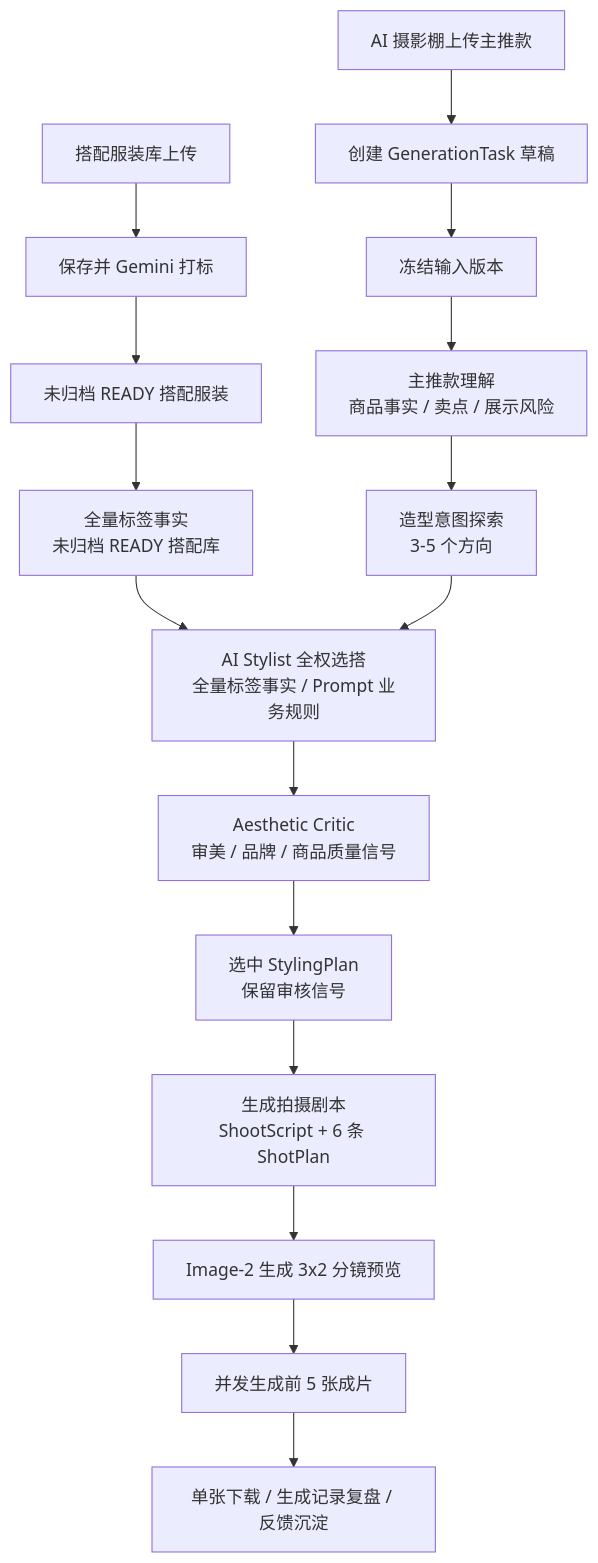
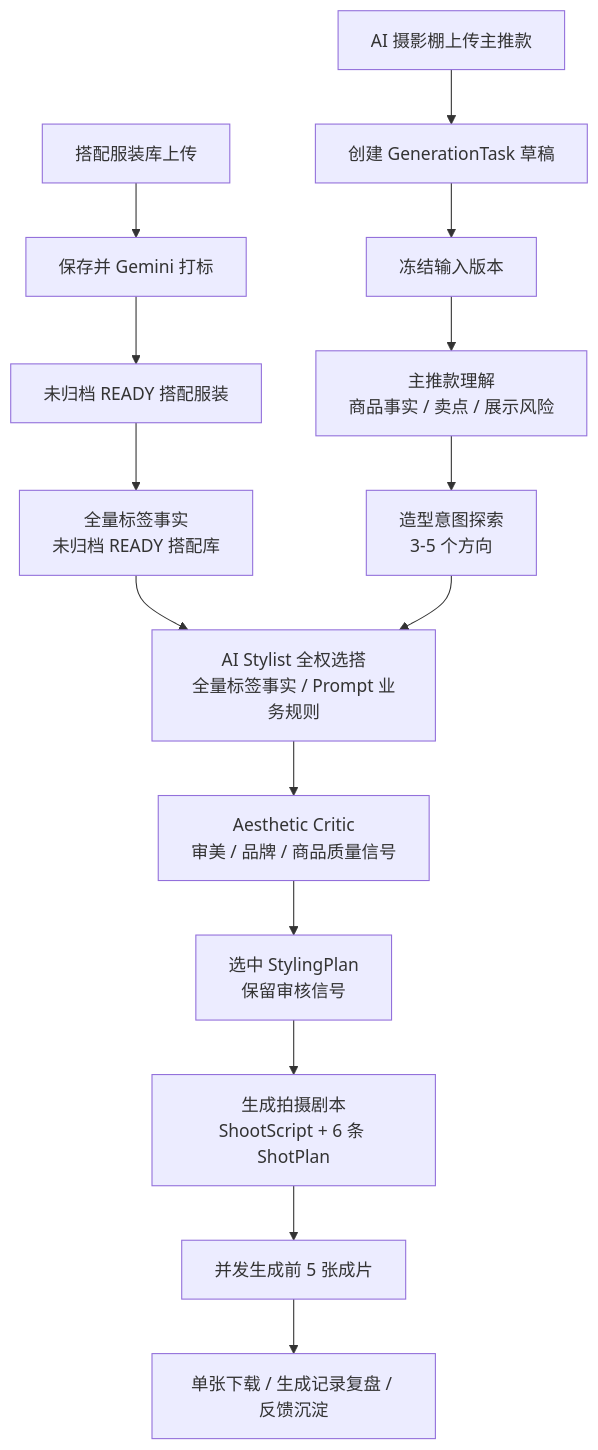
One commit to happyvchen/ruyi-dream changed the diagram in design/01_generation_flow/generation_flow.md. Above: the diagram before and after it, drawn with Mermaid. The commit also changed other lines of this file and 53 other files, not shown here.

````diff
--- a/design/01_generation_flow/generation_flow.md
+++ b/design/01_generation_flow/generation_flow.md
@@ -7,18 +7,17 @@
 ```mermaid
 flowchart TD
   A["搭配服装库上传"] --> B["保存并 Gemini 打标"]
   B --> C["未归档 READY 搭配服装"]
   D["AI 摄影棚上传主推款"] --> E["创建 GenerationTask 草稿"]
   E --> F["冻结输入版本"]
   C --> Q["全量标签事实<br/>未归档 READY 搭配库"]
   F --> H["主推款理解<br/>商品事实 / 卖点 / 展示风险"]
   Q --> J["AI Stylist 全权选搭<br/>全量标签事实 / Prompt 业务规则"]
   H --> I["造型意图探索<br/>3-5 个方向"]
   I --> J
   J --> K["Aesthetic Critic<br/>审美 / 品牌 / 商品质量信号"]
   K --> L["选中 StylingPlan<br/>保留审核信号"]
   L --> M["生成拍摄剧本<br/>ShootScript + 6 条 ShotPlan"]
-  M --> N["Image-2 生成 3x2 分镜预览"]
-  N --> O["并发生成前 5 张成片"]
+  M --> O["并发生成前 5 张成片"]
   O --> P["单张下载 / 生成记录复盘 / 反馈沉淀"]
 ```
````
